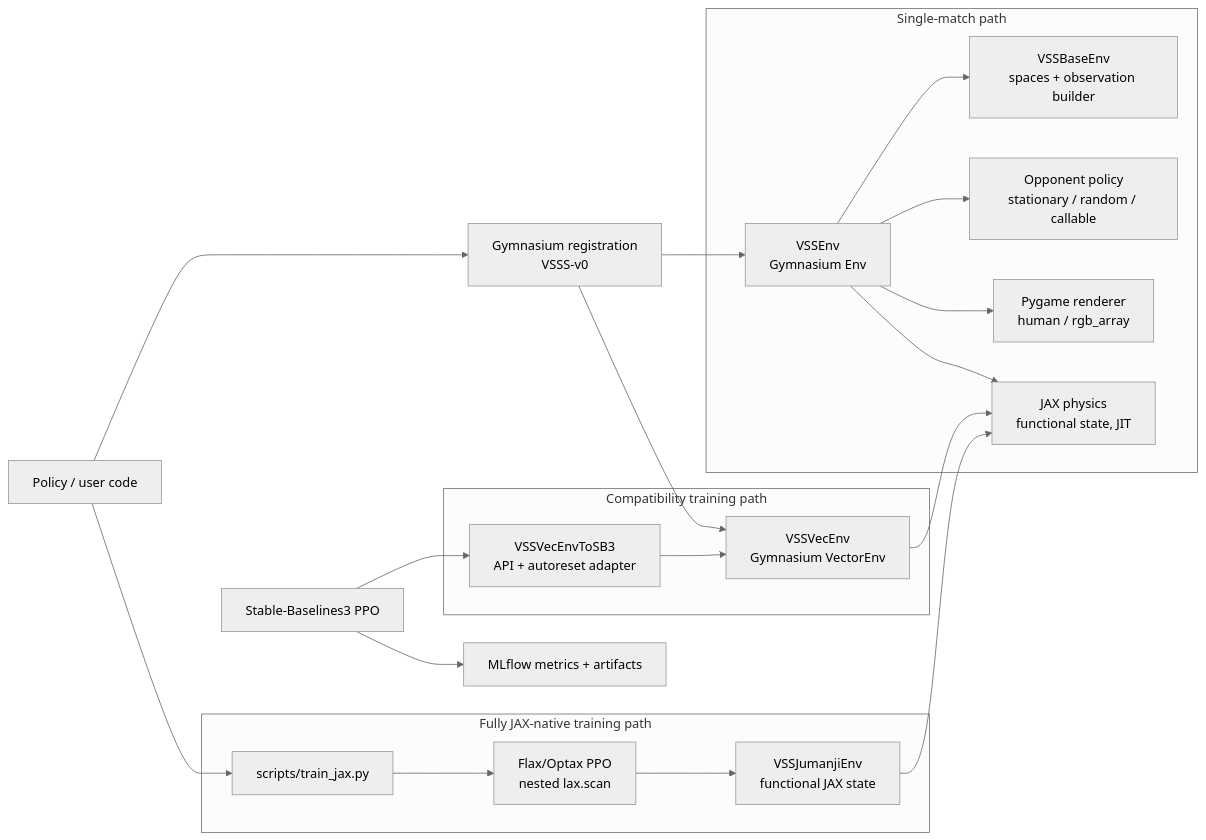
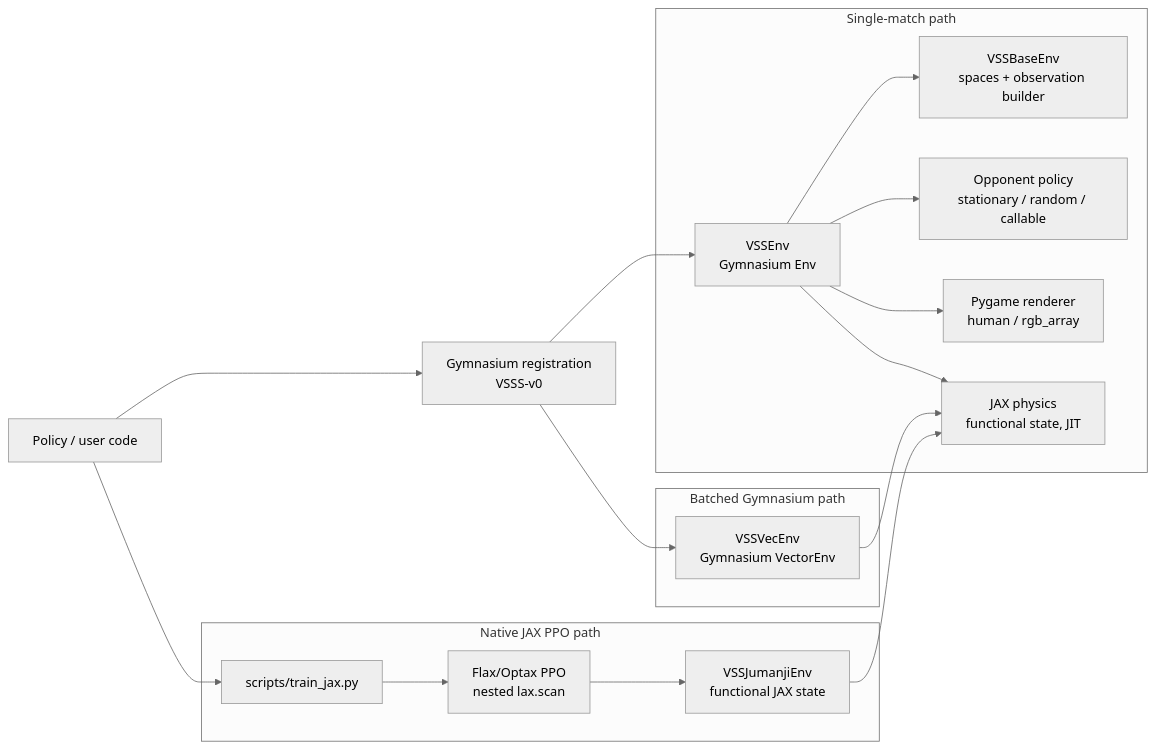
The first of 8 diagrams in STRUCTURE.md (canhotuctor/vsss-sim), drawn with Mermaid (neutral theme) before and after one commit. The commit also changed other lines of this file and 35 other files, not shown here.

````diff
--- a/STRUCTURE.md
+++ b/STRUCTURE.md
@@ -16,42 +16,34 @@
 ```mermaid
 flowchart LR
     user["Policy / user code"]
     gym["Gymnasium registration<br/>VSSS-v0"]
 
     subgraph single["Single-match path"]
         env["VSSEnv<br/>Gymnasium Env"]
         base["VSSBaseEnv<br/>spaces + observation builder"]
         opponent["Opponent policy<br/>stationary / random / callable"]
         renderer["Pygame renderer<br/>human / rgb_array"]
         physics["JAX physics<br/>functional state, JIT"]
-
         env --> base
         env --> opponent
         env --> renderer
         env --> physics
     end
 
-    subgraph batch["Compatibility training path"]
-        adapter["VSSVecEnvToSB3<br/>API + autoreset adapter"]
+    subgraph vector["Batched Gymnasium path"]
         vec["VSSVecEnv<br/>Gymnasium VectorEnv"]
-        adapter --> vec --> physics
+        vec --> physics
     end
 
-    subgraph native["Fully JAX-native training path"]
+    subgraph native["Native JAX PPO path"]
         trainjax["scripts/train_jax.py"]
         ppojax["Flax/Optax PPO<br/>nested lax.scan"]
         jumanji["VSSJumanjiEnv<br/>functional JAX state"]
-
         trainjax --> ppojax --> jumanji --> physics
     end
-
-    sb3["Stable-Baselines3 PPO"]
-    mlflow["MLflow metrics + artifacts"]
 
     user --> gym
     gym --> env
     gym --> vec
-    sb3 --> adapter
-    sb3 --> mlflow
     user --> trainjax
 ```
````
